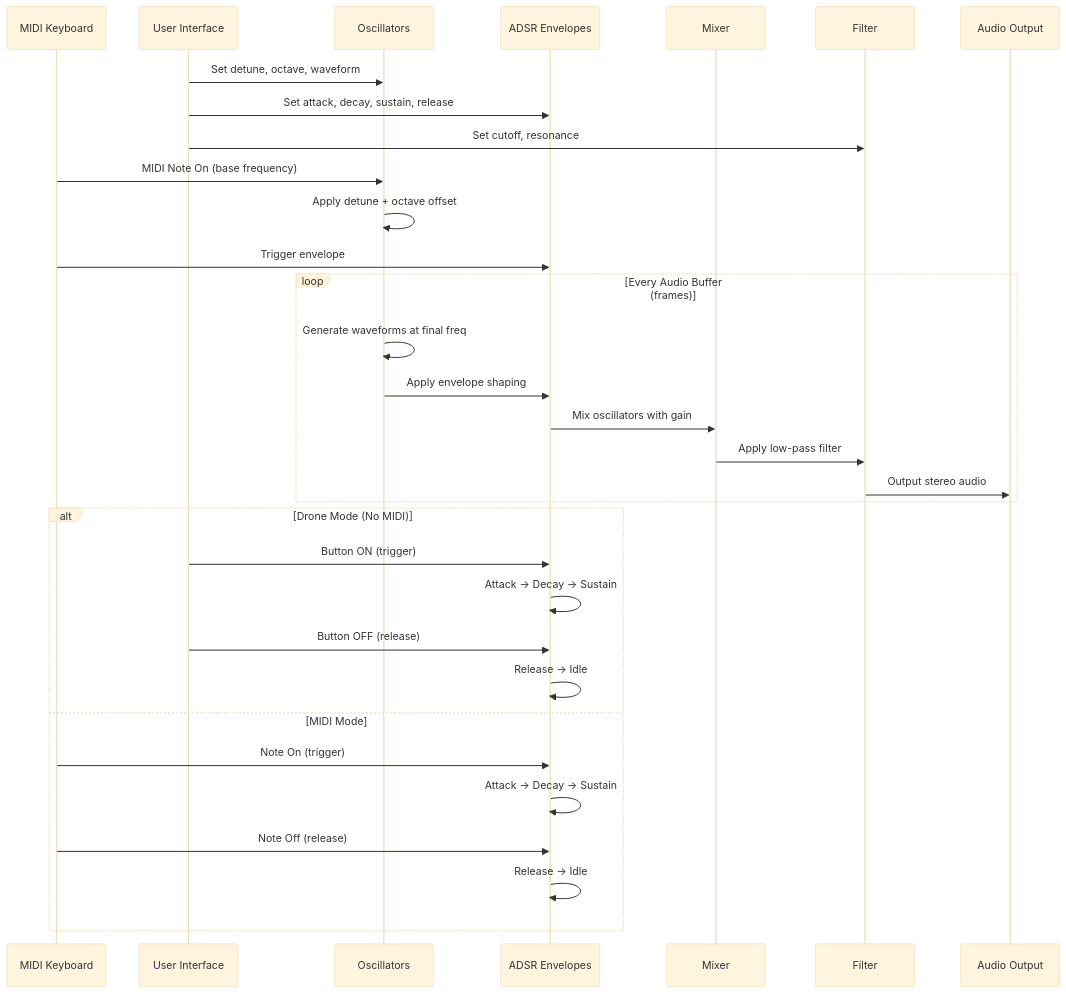
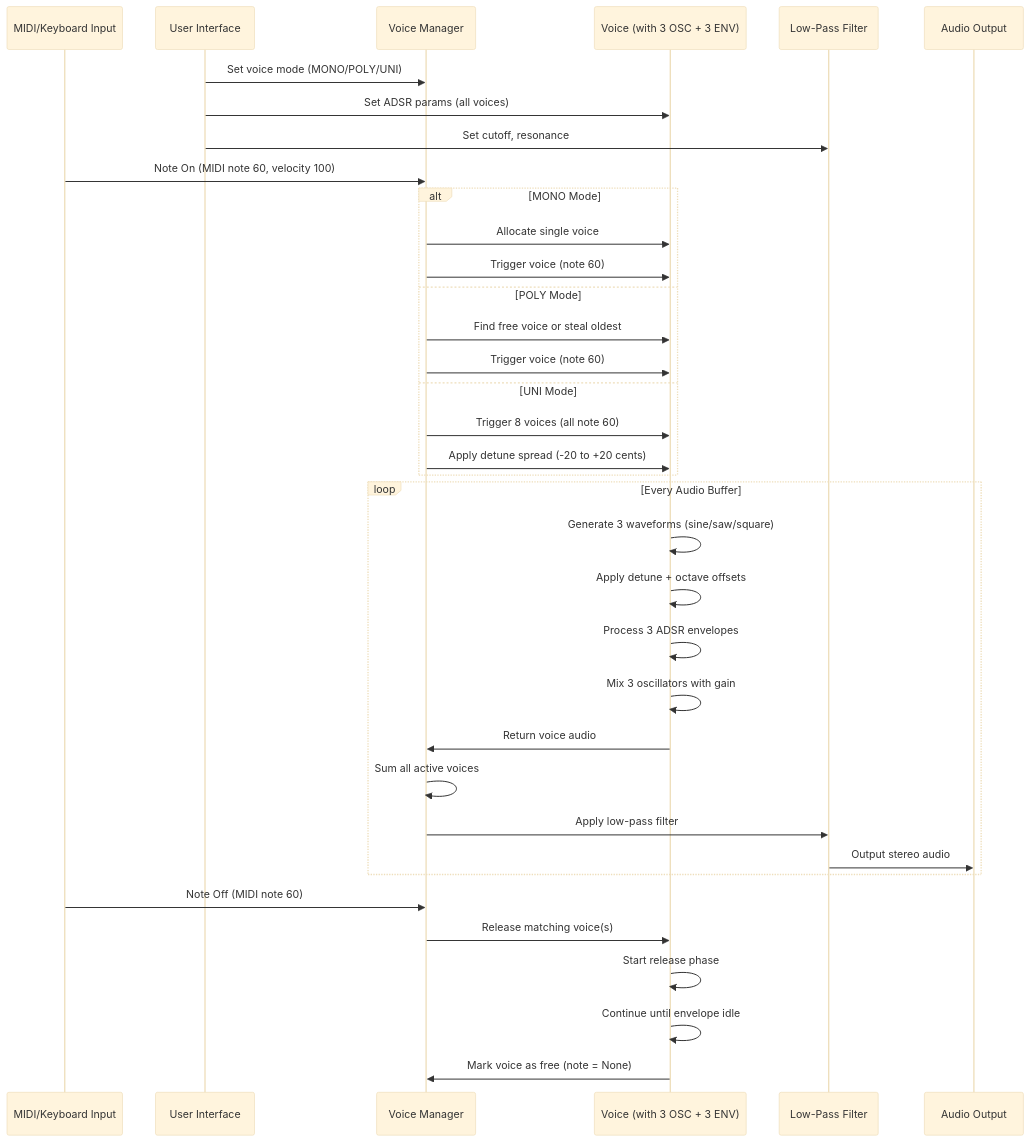
Before and after one commit to clemgoub/TripleOscillator: the third of 3 diagrams in README.md, drawn with Mermaid (base theme). The commit also changed other lines of this file and 1 other file, not shown here.

First line of the commit message:
Add polyphony with simplified voice mode controls and fix ADSR release envelope

````diff
--- a/README.md
+++ b/README.md
@@ -218,38 +246,43 @@
 ```mermaid
 sequenceDiagram
-    participant MIDI as MIDI Keyboard
+    participant INPUT as MIDI/Keyboard Input
     participant UI as User Interface
-    participant OSC as Oscillators
-    participant ENV as ADSR Envelopes
-    participant MIX as Mixer
-    participant FILT as Filter
+    participant VM as Voice Manager
+    participant VOICE as Voice (with 3 OSC + 3 ENV)
+    participant FILT as Low-Pass Filter
     participant OUT as Audio Output
 
-    UI->>OSC: Set detune, octave, waveform
-    UI->>ENV: Set attack, decay, sustain, release
+    UI->>VM: Set voice mode (MONO/POLY/UNI)
+    UI->>VOICE: Set ADSR params (all voices)
     UI->>FILT: Set cutoff, resonance
 
-    MIDI->>OSC: MIDI Note On (base frequency)
-    OSC->>OSC: Apply detune + octave offset
-    MIDI->>ENV: Trigger envelope
+    INPUT->>VM: Note On (MIDI note 60, velocity 100)
 
-    loop Every Audio Buffer (frames)
-        OSC->>OSC: Generate waveforms at final freq
-        OSC->>ENV: Apply envelope shaping
-        ENV->>MIX: Mix oscillators with gain
-        MIX->>FILT: Apply low-pass filter
+    alt MONO Mode
+        VM->>VOICE: Allocate single voice
+        VM->>VOICE: Trigger voice (note 60)
+    else POLY Mode
+        VM->>VOICE: Find free voice or steal oldest
+        VM->>VOICE: Trigger voice (note 60)
+    else UNI Mode
+        VM->>VOICE: Trigger 8 voices (all note 60)
+        VM->>VOICE: Apply detune spread (-20 to +20 cents)
+    end
+
+    loop Every Audio Buffer
+        VOICE->>VOICE: Generate 3 waveforms (sine/saw/square)
+        VOICE->>VOICE: Apply detune + octave offsets
+        VOICE->>VOICE: Process 3 ADSR envelopes
+        VOICE->>VOICE: Mix 3 oscillators with gain
+        VOICE->>VM: Return voice audio
+        VM->>VM: Sum all active voices
+        VM->>FILT: Apply low-pass filter
         FILT->>OUT: Output stereo audio
     end
 
-    alt Drone Mode (No MIDI)
-        UI->>ENV: Button ON (trigger)
-        ENV->>ENV: Attack → Decay → Sustain
-        UI->>ENV: Button OFF (release)
-        ENV->>ENV: Release → Idle
-    else MIDI Mode
-        MIDI->>ENV: Note On (trigger)
-        ENV->>ENV: Attack → Decay → Sustain
-        MIDI->>ENV: Note Off (release)
-        ENV->>ENV: Release → Idle
-    end
+    INPUT->>VM: Note Off (MIDI note 60)
+    VM->>VOICE: Release matching voice(s)
+    VOICE->>VOICE: Start release phase
+    VOICE->>VOICE: Continue until envelope idle
+    VOICE->>VM: Mark voice as free (note = None)
 ```
````
